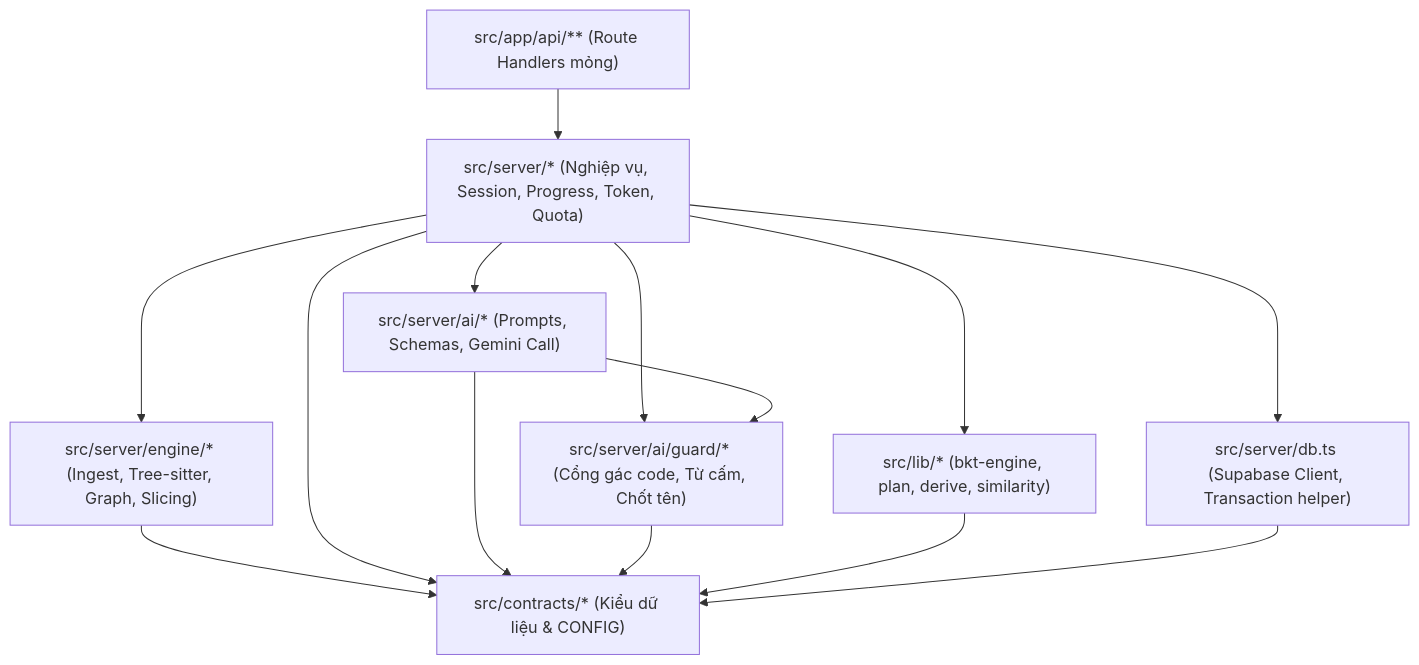
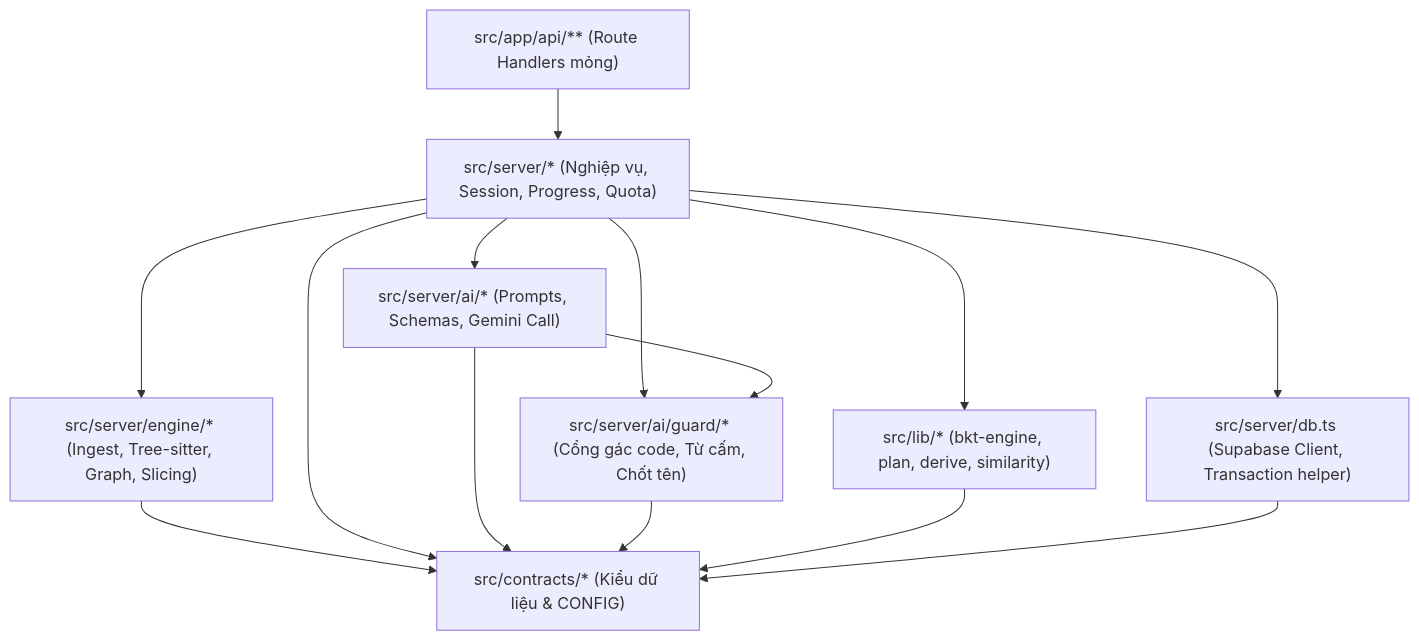
The third of 6 diagrams in spec/04_KIEN_TRUC_TRIEN_KHAI.md (huynhthanhnhannnh-pixel/Hackathon_SGU), drawn with Mermaid before and after one commit. The commit also changed other lines of this file and 10 other files, not shown here.

````diff
--- a/spec/04_KIEN_TRUC_TRIEN_KHAI.md
+++ b/spec/04_KIEN_TRUC_TRIEN_KHAI.md
@@ -85,25 +86,25 @@
 ```mermaid
 flowchart TD
     API["src/app/api/** (Route Handlers mỏng)"]
-    Server["src/server/* (Nghiệp vụ, Session, Progress, Token, Quota)"]
+    Server["src/server/* (Nghiệp vụ, Session, Progress, Quota)"]
     Engine["src/server/engine/* (Ingest, Tree-sitter, Graph, Slicing)"]
     AI["src/server/ai/* (Prompts, Schemas, Gemini Call)"]
     Guard["src/server/ai/guard/* (Cổng gác code, Từ cấm, Chốt tên)"]
     Lib["src/lib/* (bkt-engine, plan, derive, similarity)"]
     Contracts["src/contracts/* (Kiểu dữ liệu & CONFIG)"]
     DB["src/server/db.ts (Supabase Client, Transaction helper)"]
 
     API --> Server
     Server --> Engine
     Server --> AI
     Server --> Guard
     Server --> Lib
     Server --> DB
     AI --> Guard
     Engine --> Contracts
     Server --> Contracts
     AI --> Contracts
     Guard --> Contracts
     Lib --> Contracts
     DB --> Contracts
 ```
````
